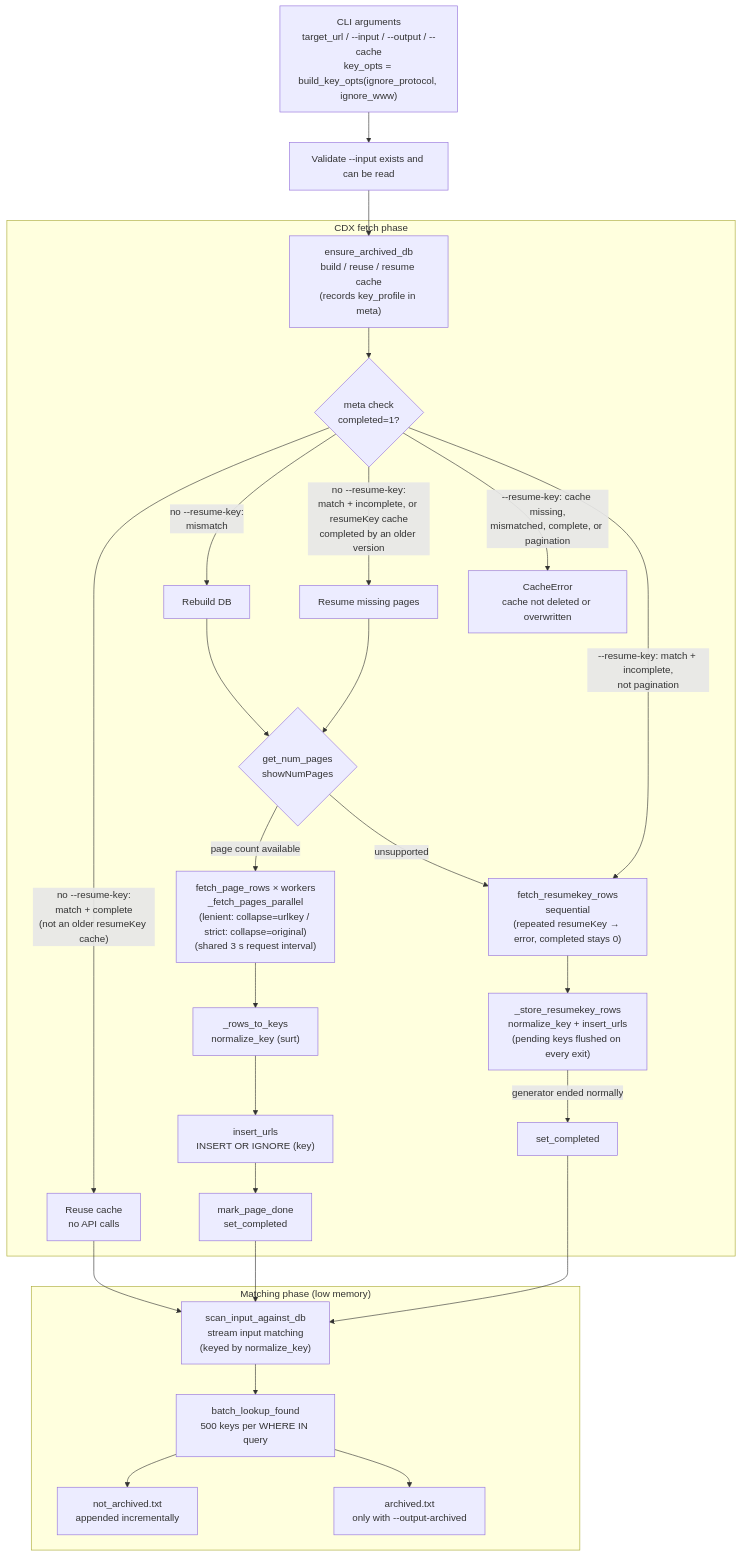
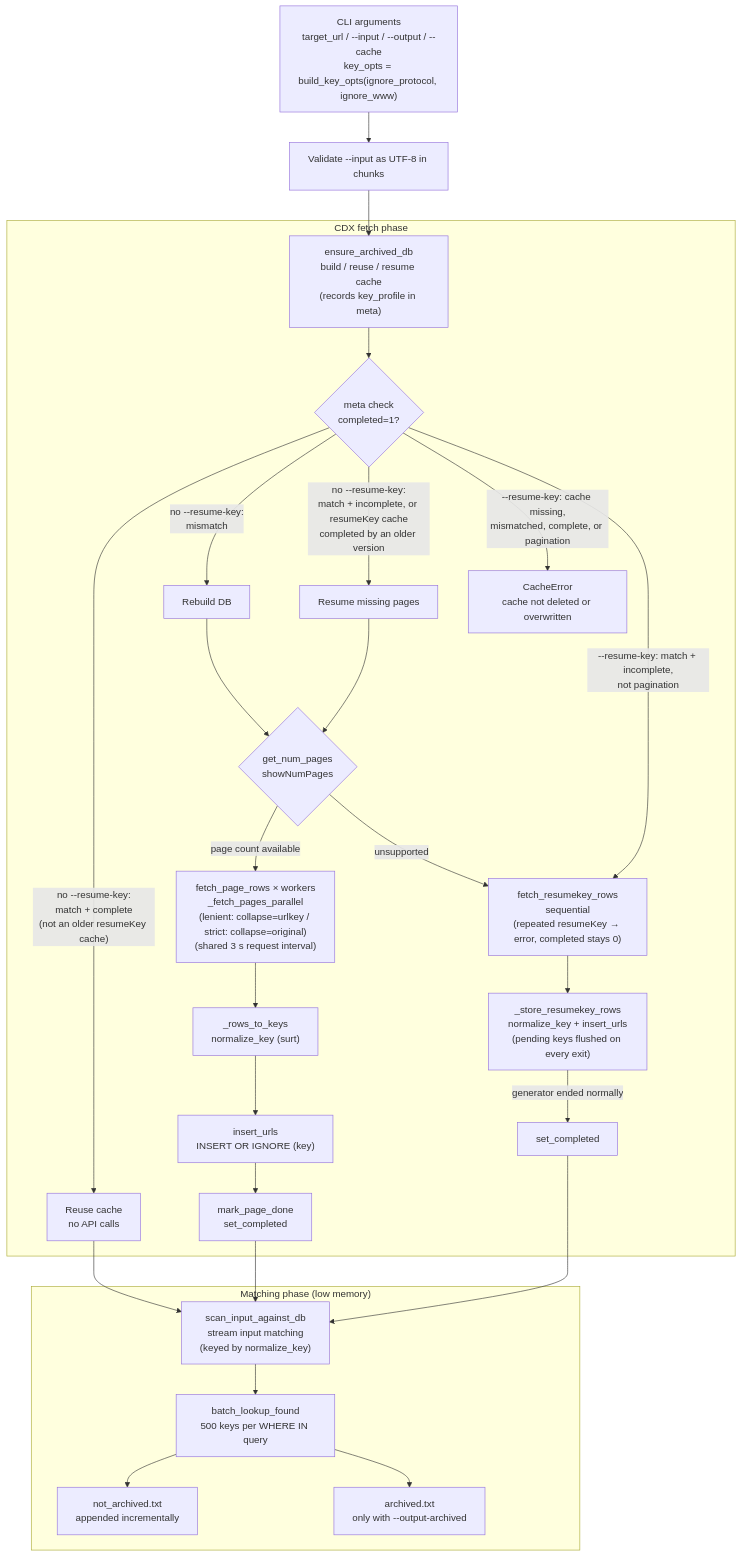
The diagram in ARCHITECTURE.md (abhinavrastogi2627/wayback-gap-detector), drawn with Mermaid before and after one commit. The commit also changed other lines of this file and 4 other files, not shown here.

Commit message:
fix: validate input encoding before fetching CDX data

````diff
--- a/ARCHITECTURE.md
+++ b/ARCHITECTURE.md
@@ -19,33 +19,33 @@
 ```mermaid
 flowchart TD
-    CLI["CLI arguments\ntarget_url / --input / --output / --cache\nkey_opts = build_key_opts(ignore_protocol, ignore_www)"] --> INPUT["Validate --input exists and can be read"]
+    CLI["CLI arguments\ntarget_url / --input / --output / --cache\nkey_opts = build_key_opts(ignore_protocol, ignore_www)"] --> INPUT["Validate --input as UTF-8 in chunks"]
     INPUT --> ENSURE["ensure_archived_db\nbuild / reuse / resume cache\n(records key_profile in meta)"]
 
     subgraph FETCH["CDX fetch phase"]
         ENSURE --> META{"meta check\ncompleted=1?"}
         META -- "no --resume-key:\nmatch + complete\n(not an older resumeKey cache)" --> REUSE["Reuse cache\nno API calls"]
         META -- "no --resume-key:\nmismatch" --> REBUILD["Rebuild DB"]
         META -- "no --resume-key:\nmatch + incomplete, or resumeKey cache\ncompleted by an older version" --> RESUME["Resume missing pages"]
         META -- "--resume-key: cache missing,\nmismatched, complete, or pagination" --> REJECT["CacheError\ncache not deleted or overwritten"]
         META -- "--resume-key: match + incomplete,\nnot pagination" --> SEQ
         REBUILD --> NUM{"get_num_pages\nshowNumPages"}
         RESUME --> NUM
         NUM -- "page count available" --> PAR["fetch_page_rows × workers\n_fetch_pages_parallel\n(lenient: collapse=urlkey / strict: collapse=original)\n(shared 3 s request interval)"]
         NUM -- "unsupported" --> SEQ["fetch_resumekey_rows\nsequential\n(repeated resumeKey → error, completed stays 0)"]
         PAR --> NORM["_rows_to_keys\nnormalize_key (surt)"]
         NORM --> INS["insert_urls\nINSERT OR IGNORE (key)"]
         INS --> DONE_PAGES["mark_page_done\nset_completed"]
         SEQ --> STORE["_store_resumekey_rows\nnormalize_key + insert_urls\n(pending keys flushed on every exit)"]
         STORE -- "generator ended normally" --> SEQ_DONE["set_completed"]
     end
 
     REUSE --> SCAN["scan_input_against_db\nstream input matching\n(keyed by normalize_key)"]
     DONE_PAGES --> SCAN
     SEQ_DONE --> SCAN
 
     subgraph CHECK["Matching phase (low memory)"]
         SCAN --> BATCH["batch_lookup_found\n500 keys per WHERE IN query"]
         BATCH --> W1["not_archived.txt\nappended incrementally"]
         BATCH --> W2["archived.txt\nonly with --output-archived"]
     end
 ```
````
